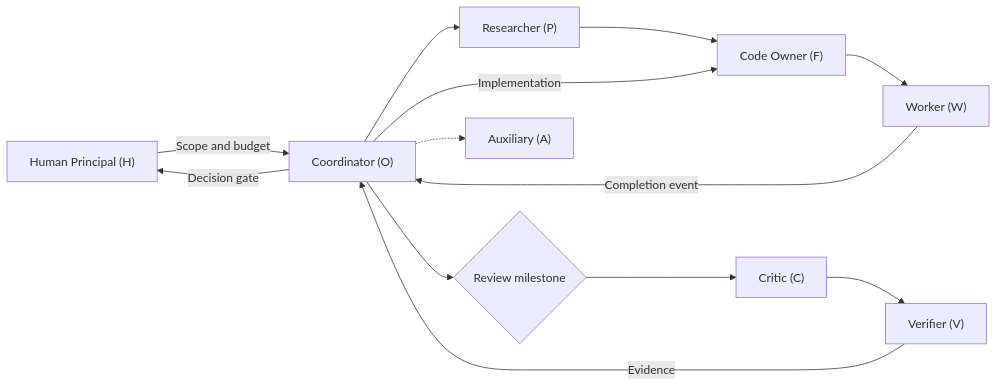
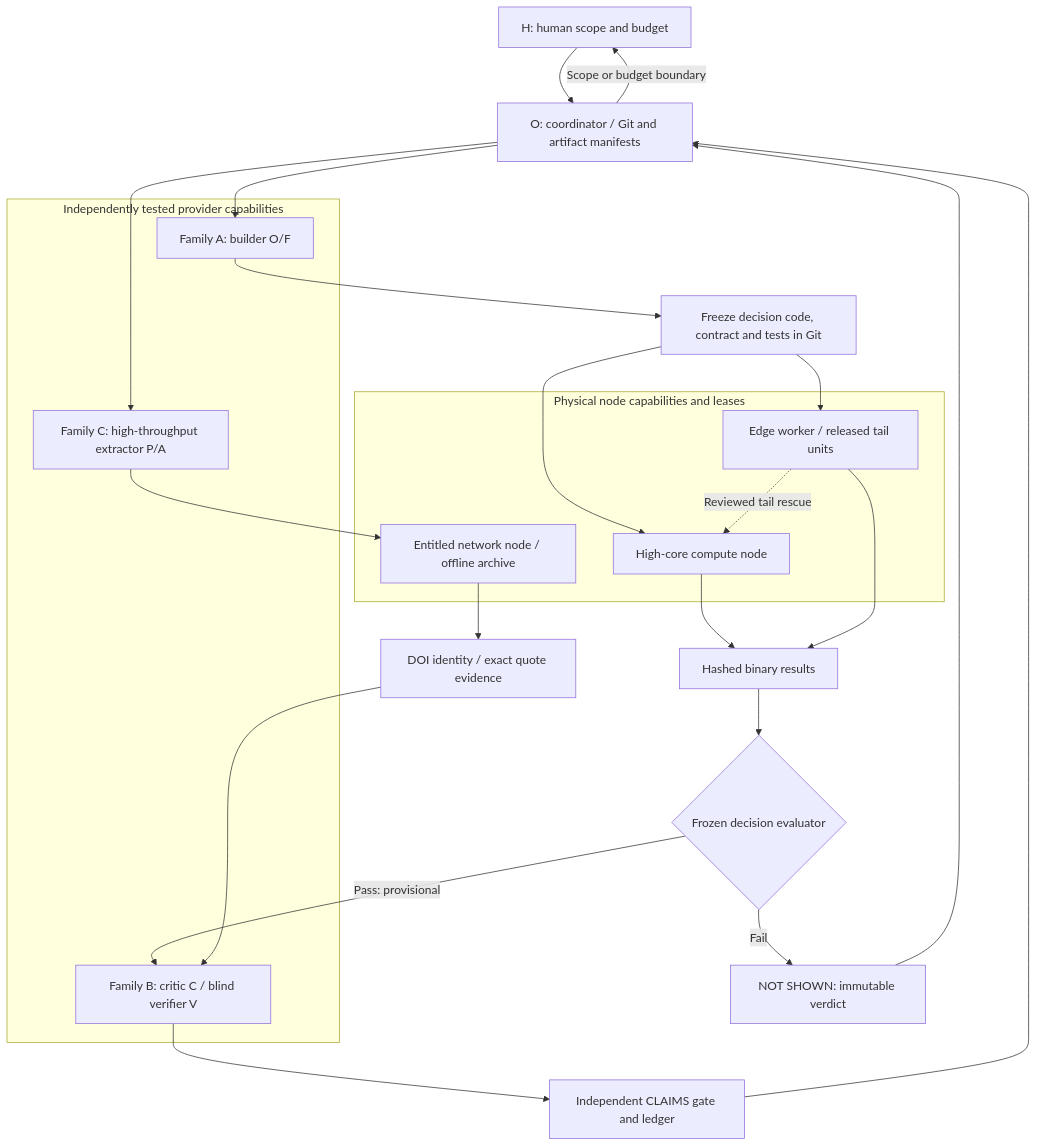
Before and after one commit to TianMingKanae/engineering-multi-ai-skills: the diagram in README.md, drawn with Mermaid. The commit also changed other lines of this file and 28 other files, not shown here.

````diff
--- a/README.md
+++ b/README.md
@@ -10,15 +10,32 @@
 ```mermaid
-flowchart LR
-    H["Human Principal (H)"] -->|Scope and budget| O["Coordinator (O)"]
-    O --> P["Researcher (P)"]
-    P --> F["Code Owner (F)"]
-    O -->|Implementation| F
-    F --> W["Worker (W)"]
-    W -->|Completion event| O
-    O --> G{"Review milestone"}
-    G --> C["Critic (C)"]
-    C --> V["Verifier (V)"]
-    V -->|Evidence| O
-    O -->|Decision gate| H
-    O -.-> A["Auxiliary (A)"]
+flowchart TD
+    H["H: human scope and budget"] --> O["O: coordinator / Git and artifact manifests"]
+    subgraph Providers["Independently tested provider capabilities"]
+        B["Family A: builder O/F"]
+        V["Family B: critic C / blind verifier V"]
+        X["Family C: high-throughput extractor P/A"]
+    end
+    O --> B
+    O --> X
+    B --> R["Freeze decision code, contract and tests in Git"]
+    subgraph Nodes["Physical node capabilities and leases"]
+        N["Entitled network node / offline archive"]
+        W["High-core compute node"]
+        E["Edge worker / released tail units"]
+    end
+    X --> N
+    R --> W
+    R --> E
+    E -.->|Reviewed tail rescue| W
+    W --> D["Hashed binary results"]
+    E --> D
+    D --> G{"Frozen decision evaluator"}
+    G -->|Fail| F["NOT SHOWN: immutable verdict"]
+    G -->|Pass: provisional| V
+    N --> P["DOI identity / exact quote evidence"]
+    P --> V
+    V --> L["Independent CLAIMS gate and ledger"]
+    F --> O
+    L --> O
+    O -->|Scope or budget boundary| H
 ```
````
